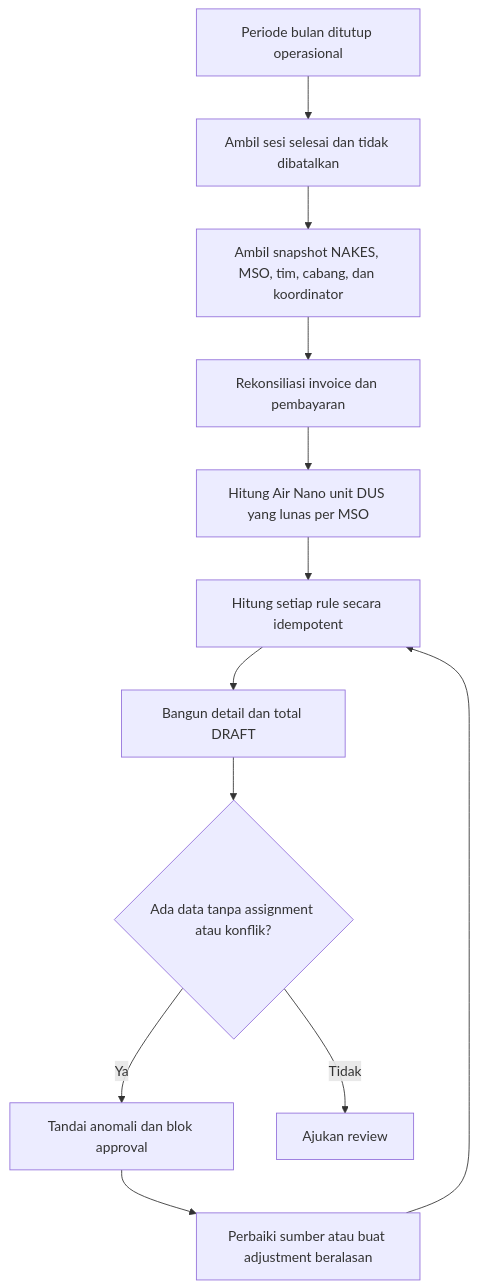
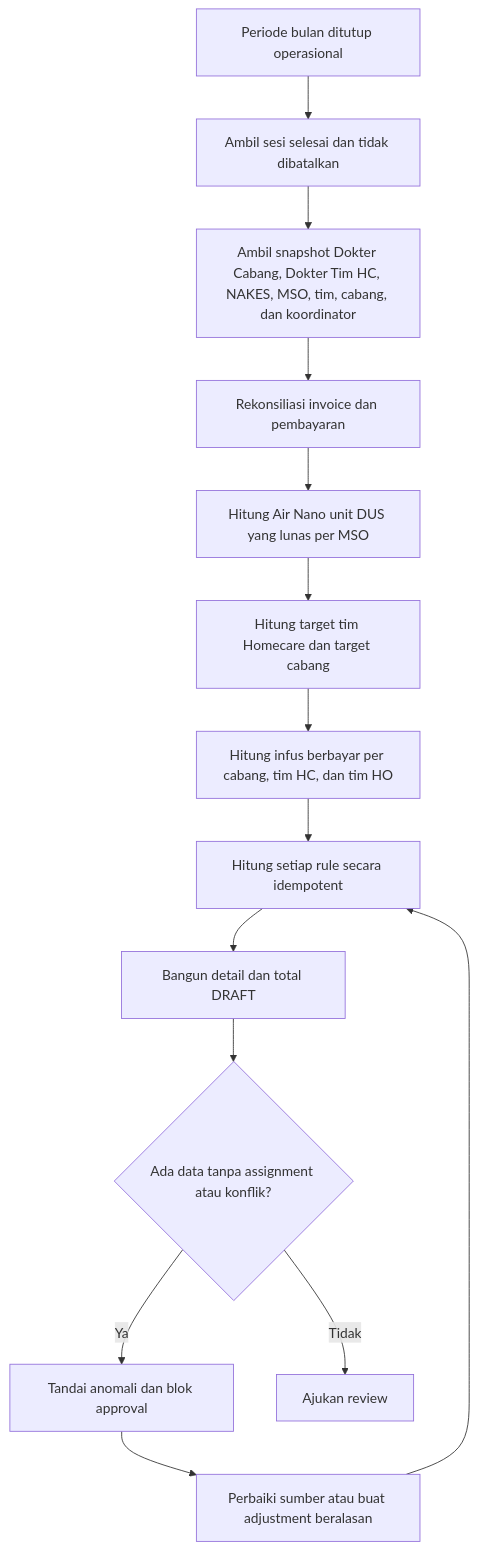
The second of 4 diagrams in docs/REQUIREMENT_FLOW_INSENTIF_CHS_DAN_AIR_NANO_ADD_ON.md (TatangSteam/RAHO_APPS), drawn with Mermaid before and after one commit. The commit also changed other lines of this file and 6 other files, not shown here.

````diff
--- a/docs/REQUIREMENT_FLOW_INSENTIF_CHS_DAN_AIR_NANO_ADD_ON.md
+++ b/docs/REQUIREMENT_FLOW_INSENTIF_CHS_DAN_AIR_NANO_ADD_ON.md
@@ -276,14 +347,16 @@
 ```mermaid
 flowchart TD
     A[Periode bulan ditutup operasional] --> B[Ambil sesi selesai dan tidak dibatalkan]
-    B --> C[Ambil snapshot NAKES, MSO, tim, cabang, dan koordinator]
+    B --> C[Ambil snapshot Dokter Cabang, Dokter Tim HC, NAKES, MSO, tim, cabang, dan koordinator]
     C --> D[Rekonsiliasi invoice dan pembayaran]
     D --> E[Hitung Air Nano unit DUS yang lunas per MSO]
-    E --> F[Hitung setiap rule secara idempotent]
-    F --> G[Bangun detail dan total DRAFT]
-    G --> H{Ada data tanpa assignment atau konflik?}
-    H -- Ya --> I[Tandai anomali dan blok approval]
-    H -- Tidak --> J[Ajukan review]
-    I --> K[Perbaiki sumber atau buat adjustment beralasan]
-    K --> F
+    E --> F[Hitung target tim Homecare dan target cabang]
+    F --> G[Hitung infus berbayar per cabang, tim HC, dan tim HO]
+    G --> H[Hitung setiap rule secara idempotent]
+    H --> I[Bangun detail dan total DRAFT]
+    I --> J{Ada data tanpa assignment atau konflik?}
+    J -- Ya --> K[Tandai anomali dan blok approval]
+    J -- Tidak --> L[Ajukan review]
+    K --> M[Perbaiki sumber atau buat adjustment beralasan]
+    M --> H
 ```
````
